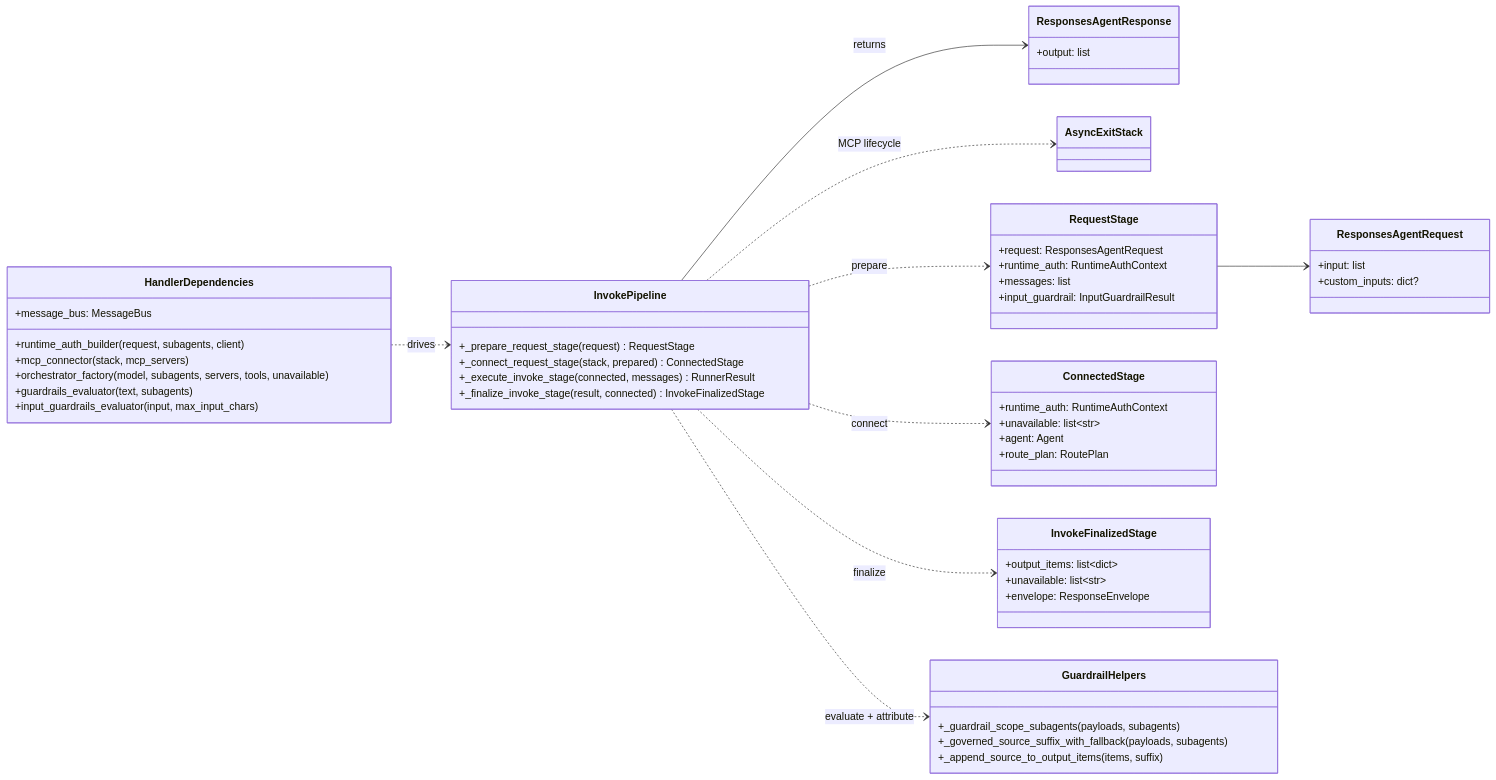
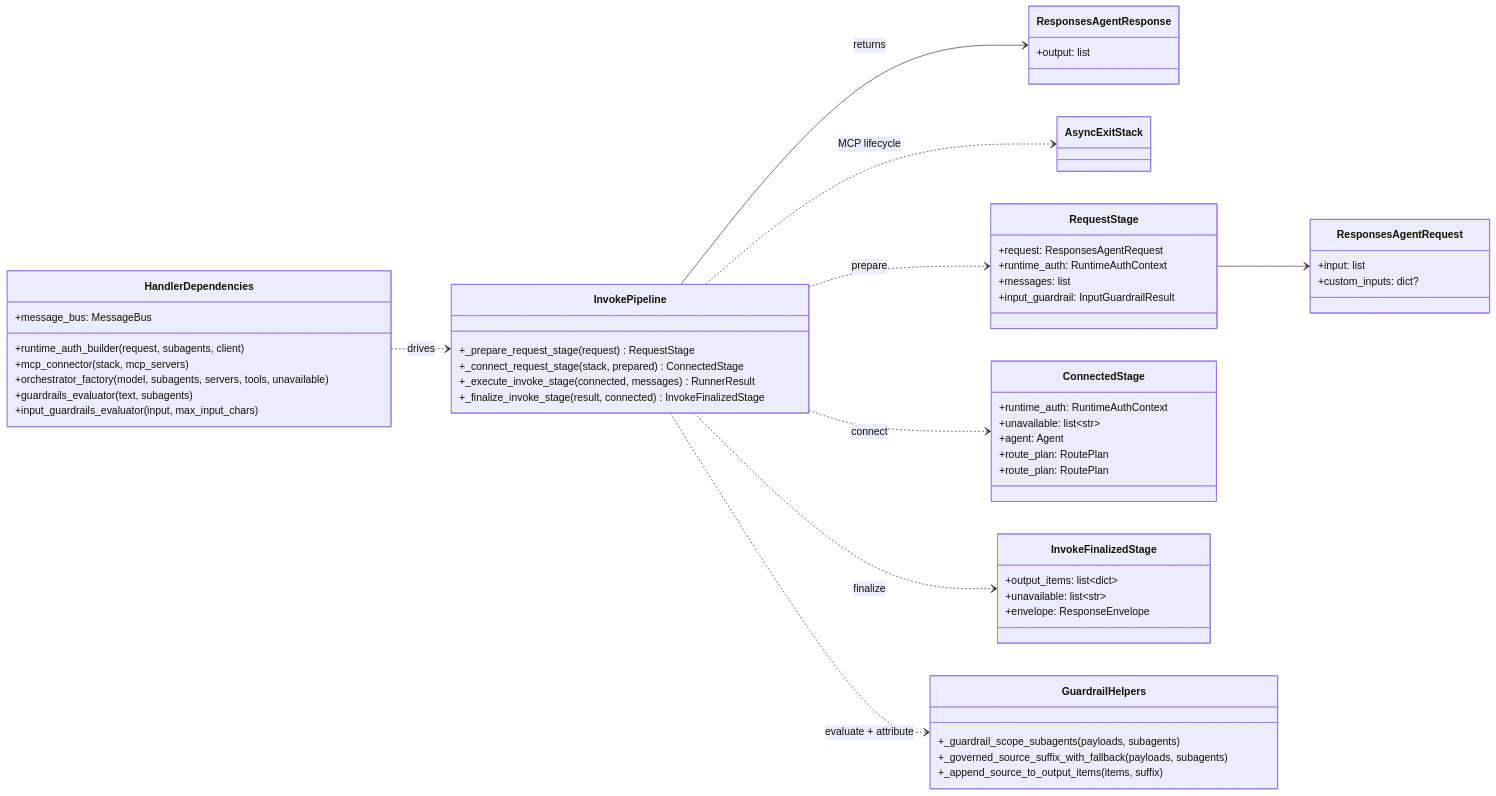
The first of 2 diagrams in docs/architecture/design-artifacts/07-request-execution-flow-class-diagram.md (wchen-dea/Governed-Multi-Agent-Intelligence-on-Databricks), drawn with Mermaid before and after one commit. The commit also changed other lines of this file and 29 other files, not shown here.

````diff
--- a/docs/architecture/design-artifacts/07-request-execution-flow-class-diagram.md
+++ b/docs/architecture/design-artifacts/07-request-execution-flow-class-diagram.md
@@ -8,64 +8,65 @@
 ```mermaid
 classDiagram
 direction LR
 
 class ResponsesAgentRequest {
     +input: list
     +custom_inputs: dict?
 }
 class ResponsesAgentResponse {
     +output: list
 }
 class AsyncExitStack
 
 class RequestStage {
     +request: ResponsesAgentRequest
     +runtime_auth: RuntimeAuthContext
     +messages: list
     +input_guardrail: InputGuardrailResult
 }
 
 class ConnectedStage {
     +runtime_auth: RuntimeAuthContext
     +unavailable: list~str~
     +agent: Agent
+    +route_plan: RoutePlan
     +route_plan: RoutePlan
 }
 
 class InvokeFinalizedStage {
     +output_items: list~dict~
     +unavailable: list~str~
     +envelope: ResponseEnvelope
 }
 
 class HandlerDependencies {
     +runtime_auth_builder(request, subagents, client)
     +mcp_connector(stack, mcp_servers)
     +orchestrator_factory(model, subagents, servers, tools, unavailable)
     +guardrails_evaluator(text, subagents)
     +input_guardrails_evaluator(input, max_input_chars)
     +message_bus: MessageBus
 }
 
 class InvokePipeline {
     +_prepare_request_stage(request) RequestStage
     +_connect_request_stage(stack, prepared) ConnectedStage
     +_execute_invoke_stage(connected, messages) RunnerResult
     +_finalize_invoke_stage(result, connected) InvokeFinalizedStage
 }
 
 class GuardrailHelpers {
     +_guardrail_scope_subagents(payloads, subagents)
     +_governed_source_suffix_with_fallback(payloads, subagents)
     +_append_source_to_output_items(items, suffix)
 }
 
 HandlerDependencies ..> InvokePipeline : drives
 InvokePipeline ..> RequestStage : prepare
 InvokePipeline ..> ConnectedStage : connect
 InvokePipeline ..> InvokeFinalizedStage : finalize
 InvokePipeline --> ResponsesAgentResponse : returns
 InvokePipeline ..> GuardrailHelpers : evaluate + attribute
 RequestStage --> ResponsesAgentRequest
 InvokePipeline ..> AsyncExitStack : MCP lifecycle
 ```
````
